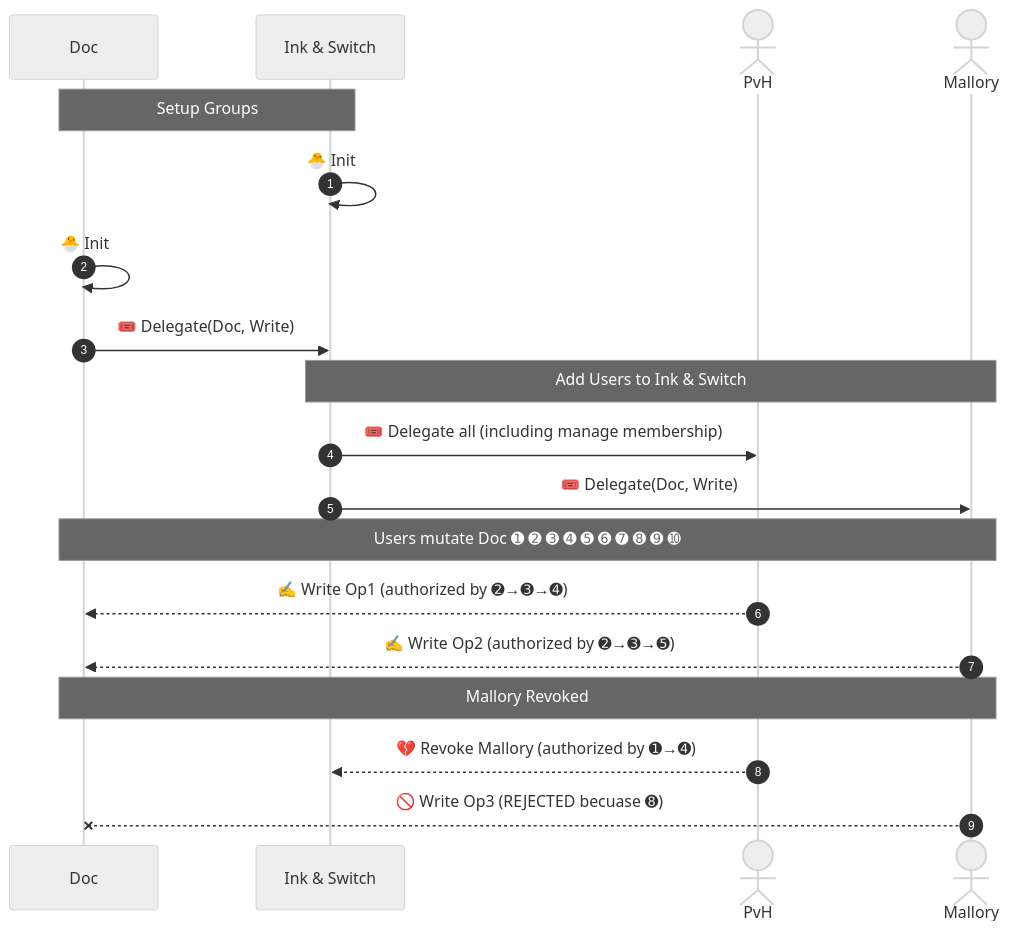
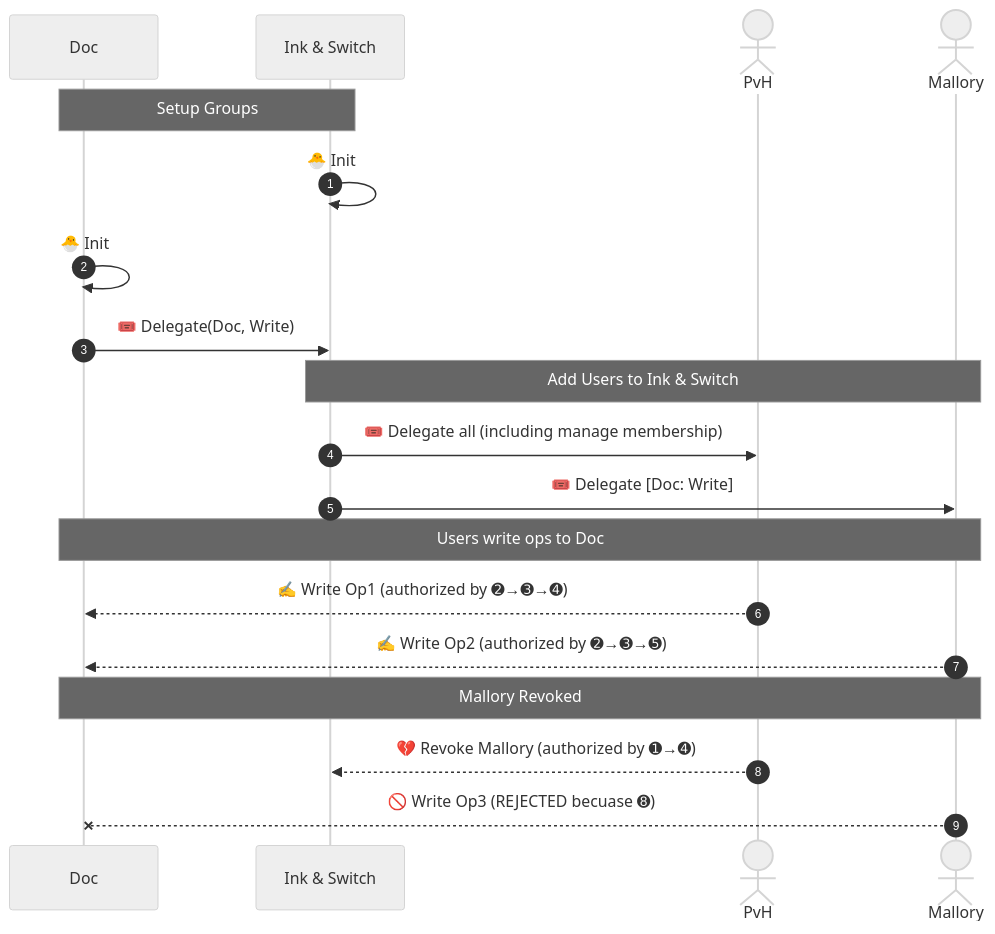
Before and after one commit to inkandswitch/keyhive: the eighth of 9 diagrams in design/group_membership.md, drawn with Mermaid (neutral theme).

````diff
--- a/design/group_membership.md
+++ b/design/group_membership.md
@@ -360,27 +360,27 @@
 ```mermaid
 sequenceDiagram
     autonumber
 
     participant Doc
     participant Ink & Switch
     actor PvH
     actor Mallory
 
     Note over Doc,Ink & Switch: Setup Groups
     Ink & Switch ->> Ink & Switch: 🐣 Init
     Doc ->> Doc: 🐣 Init
     Doc ->> Ink & Switch: 🎟️ Delegate(Doc, Write)
 
     Note over Ink & Switch,Mallory: Add Users to Ink & Switch
 
     Ink & Switch ->> PvH: 🎟️ Delegate all (including manage membership)
-    Ink & Switch ->> Mallory: 🎟️ Delegate(Doc, Write)
+    Ink & Switch ->> Mallory: 🎟️ Delegate [Doc: Write]
 
-    Note over Doc,Mallory: Users mutate Doc ➊ ➋ ➌ ➍ ➎ ➏ ➐ ➑ ➒ ➓
+    Note over Doc,Mallory: Users write ops to Doc
     PvH -->> Doc: ✍️ Write Op1 (authorized by ➋→➌→➍)
     Mallory -->> Doc: ✍️ Write Op2 (authorized by ➋→➌→➎)
 
     Note over Doc,Mallory: Mallory Revoked
     PvH -->> Ink & Switch: 💔 Revoke Mallory (authorized by ➊→➍)
     Mallory --x Doc: 🚫 Write Op3 (REJECTED becuase ➑)
 ```
````
